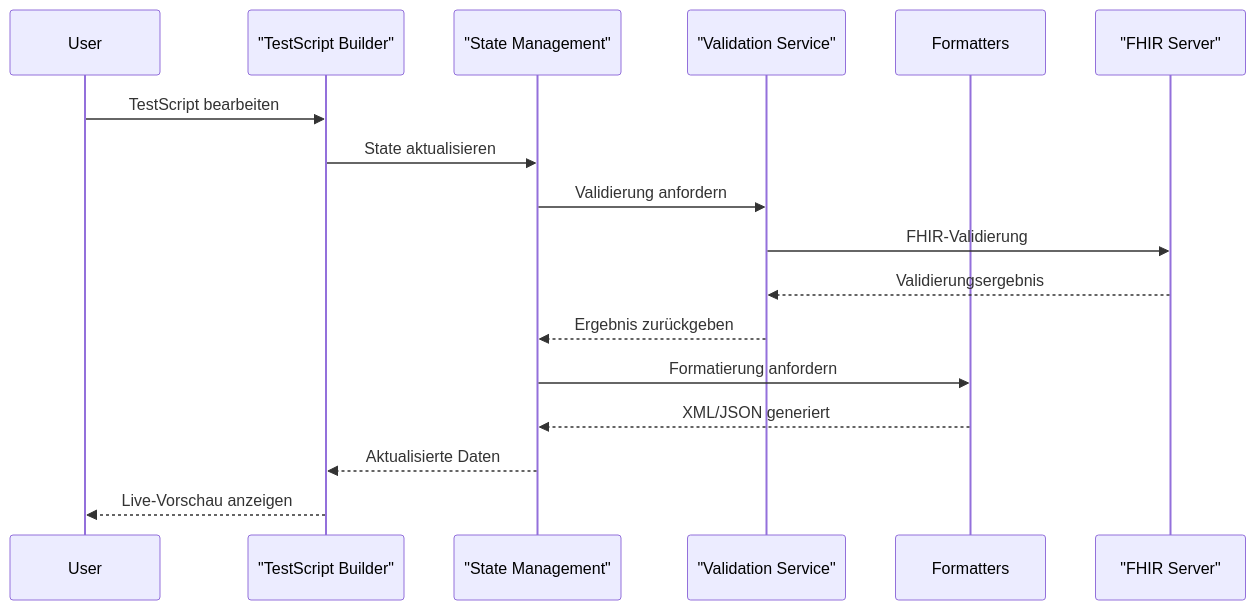
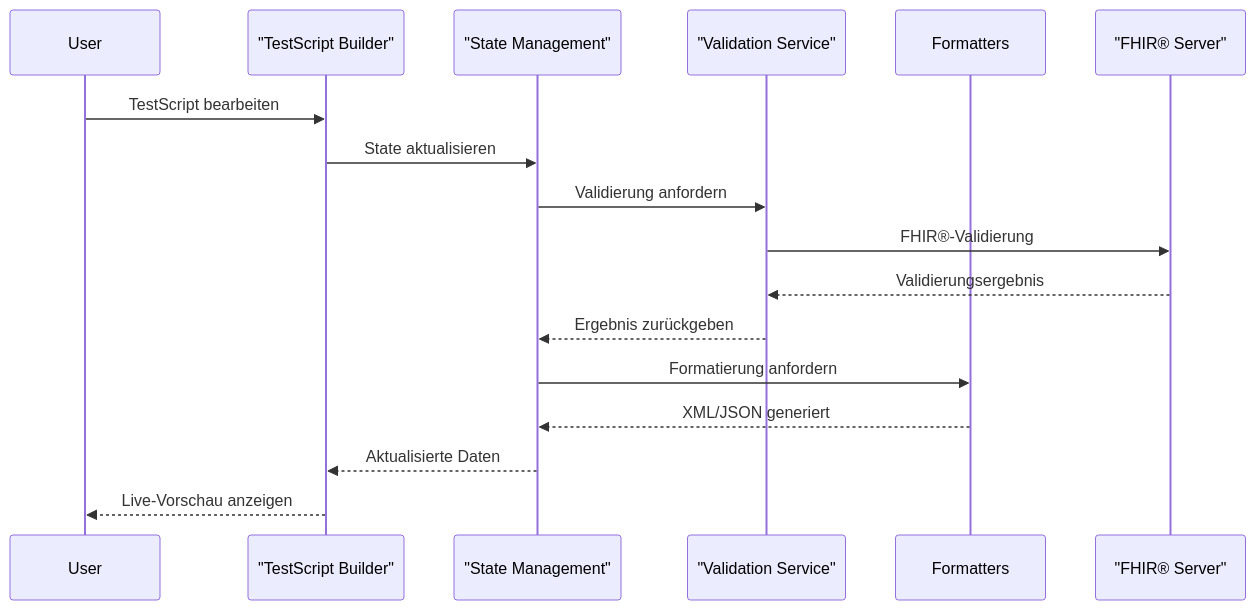
One commit to MichaelBogensberger/TestScriptCrafter changed the second of 3 diagrams in README.md. Above: the diagram before and after it, drawn with Mermaid. The commit also changed other lines of this file, not shown here.

````diff
--- a/README.md
+++ b/README.md
@@ -184,20 +143,20 @@
 ```mermaid
 sequenceDiagram
     participant U as User
     participant UI as "TestScript Builder"
     participant S as "State Management"
     participant V as "Validation Service"
     participant F as Formatters
-    participant FS as "FHIR Server"
+    participant FS as "FHIR® Server"
     
     U->>UI: TestScript bearbeiten
     UI->>S: State aktualisieren
     S->>V: Validierung anfordern
-    V->>FS: FHIR-Validierung
+    V->>FS: FHIR®-Validierung
     FS-->>V: Validierungsergebnis
     V-->>S: Ergebnis zurückgeben
     S->>F: Formatierung anfordern
     F-->>S: XML/JSON generiert
     S-->>UI: Aktualisierte Daten
     UI-->>U: Live-Vorschau anzeigen
 ```
````
